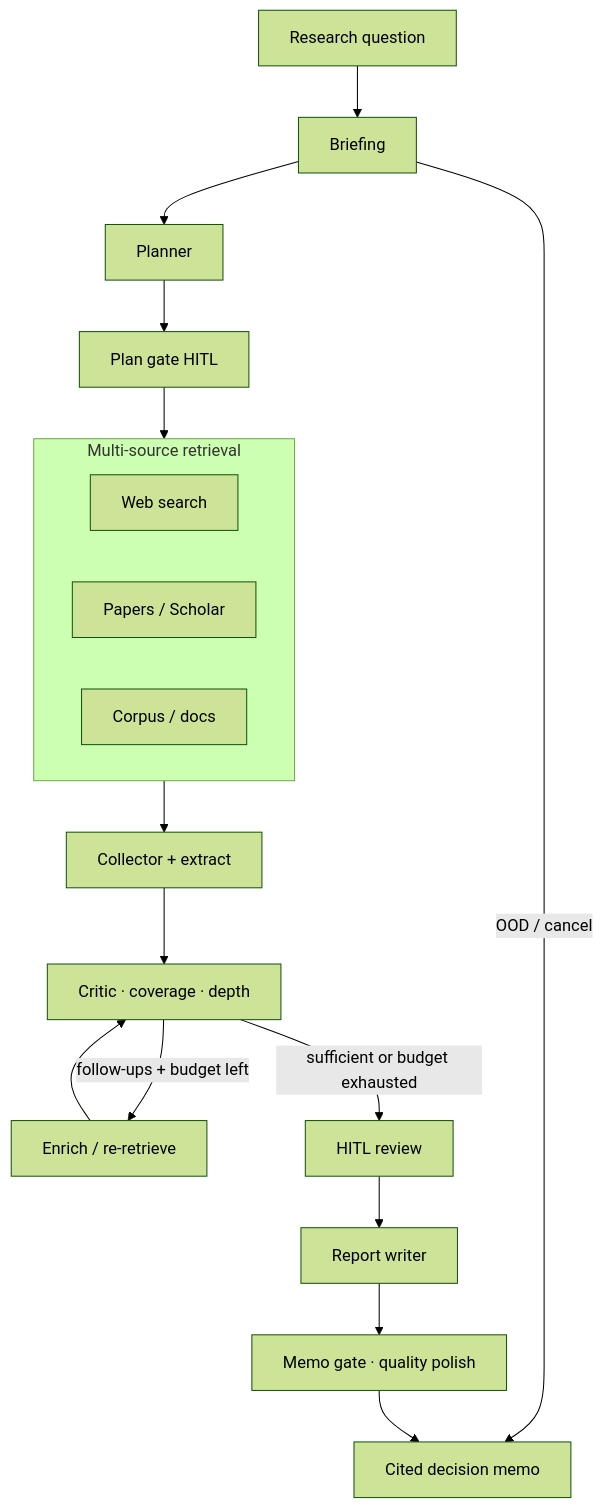
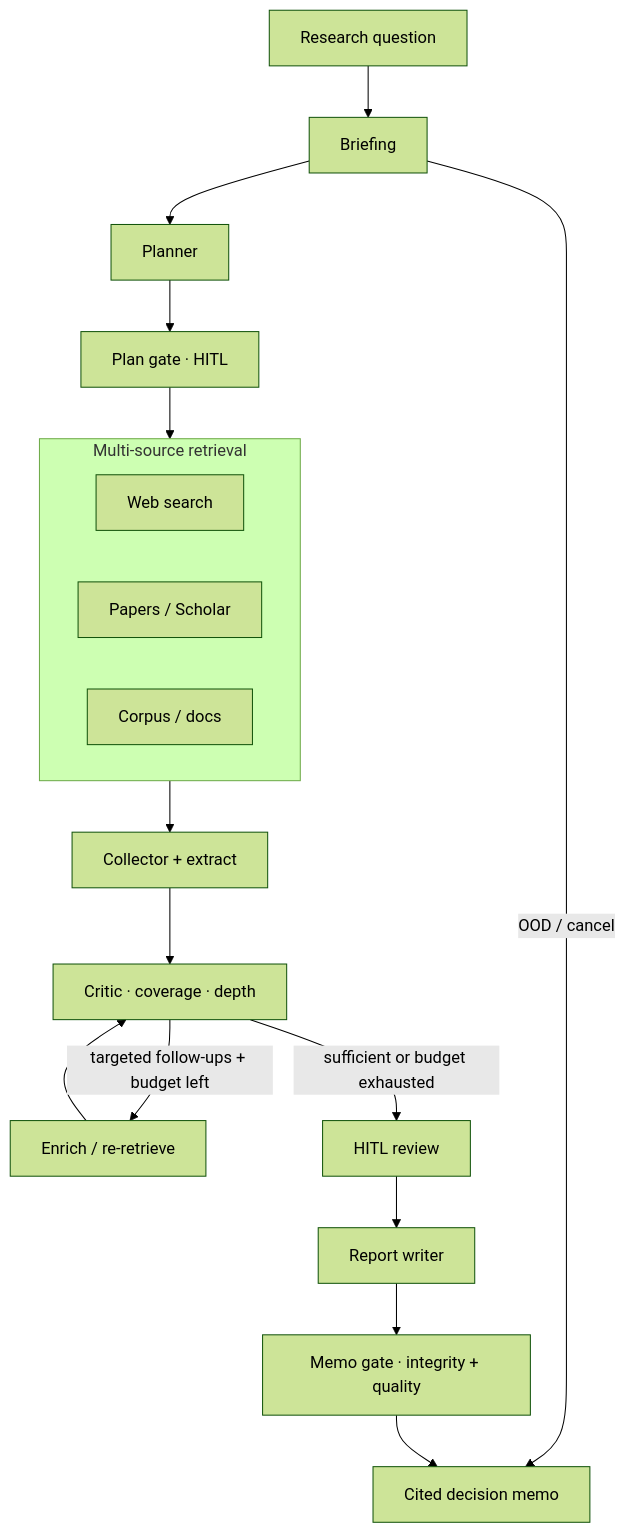
Before and after one commit to quangg1/AI_Research_Agent: the second of 2 diagrams in README.md, drawn with Mermaid (forest theme). The commit also changed other lines of this file and 29 other files, not shown here.

First line of the commit message:
fix(agent): critic loop stagnation, mandatory-source scope, and citation-integrity gates

````diff
--- a/README.md
+++ b/README.md
@@ -56,21 +88,21 @@
 ```mermaid
 flowchart TD
   Q[Research question] --> Brief[Briefing]
   Brief -->|OOD / cancel| Memo
   Brief --> Plan[Planner]
-  Plan --> PG[Plan gate HITL]
+  Plan --> PG[Plan gate · HITL]
   PG --> Retrieve
   subgraph Retrieve["Multi-source retrieval"]
     Search[Web search]
     Scholar[Papers / Scholar]
     Docs[Corpus / docs]
   end
   Retrieve --> Collect[Collector + extract]
   Collect --> Critic[Critic · coverage · depth]
-  Critic -->|follow-ups + budget left| Enrich[Enrich / re-retrieve]
+  Critic -->|targeted follow-ups + budget left| Enrich[Enrich / re-retrieve]
   Enrich --> Critic
   Critic -->|sufficient or budget exhausted| HITL[HITL review]
   HITL --> Report[Report writer]
-  Report --> MQ[Memo gate · quality polish]
+  Report --> MQ[Memo gate · integrity + quality]
   MQ --> Memo[Cited decision memo]
 ```
````
